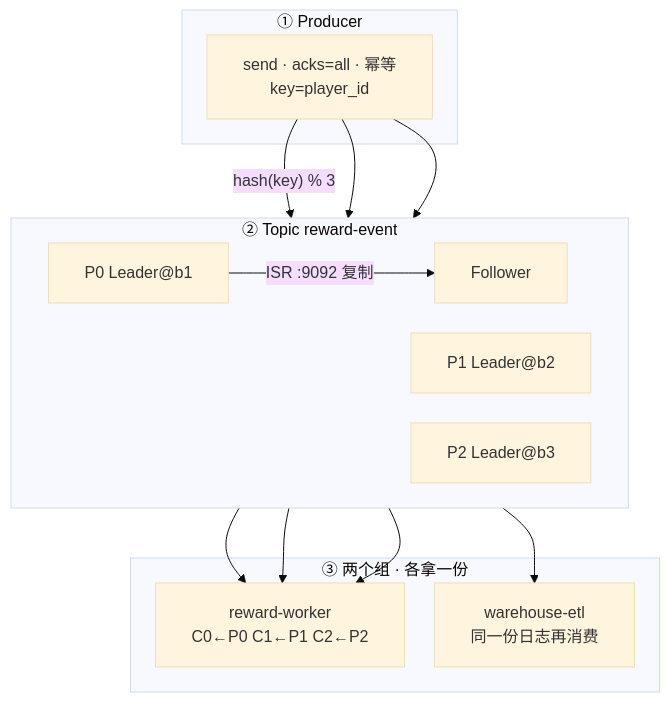
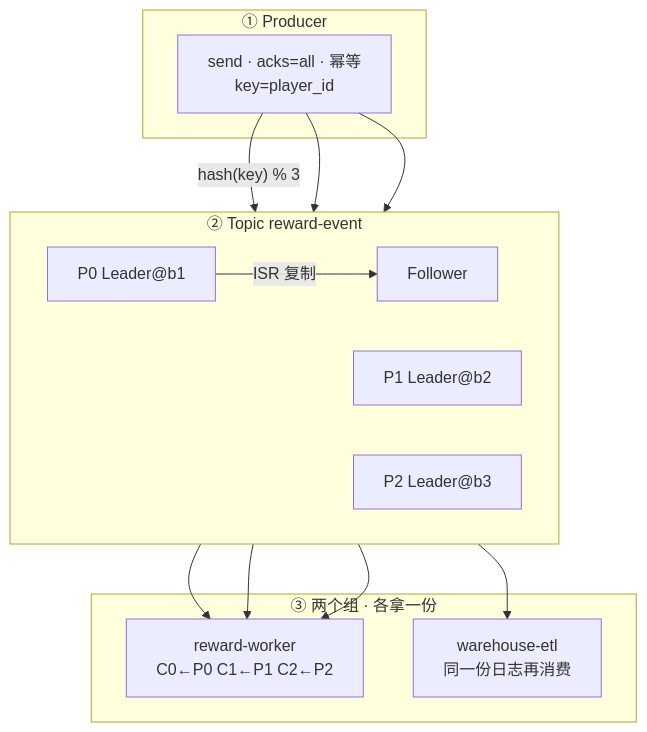
One commit to ml-cuizijun/LearnToLilith changed the second of 8 diagrams in 02-中间件与数据库/03-Kafka/知识点.md. Above: the diagram before and after it, drawn with Mermaid. The commit also changed other lines of this file and 178 other files, not shown here.

````diff
--- a/02-中间件与数据库/03-Kafka/知识点.md
+++ b/02-中间件与数据库/03-Kafka/知识点.md
@@ -98,34 +31,25 @@
 ```mermaid
-%%{init: {"flowchart": {"padding": 18, "nodeSpacing": 30, "rankSpacing": 50}, "theme": "base"}}%%
 flowchart TB
     subgraph prod ["① Producer"]
         p["send · acks=all · 幂等<br/>key=player_id"]
     end
-
     subgraph topic ["② Topic reward-event"]
         direction LR
         p0["P0 Leader@b1"]
         p1["P1 Leader@b2"]
         p2["P2 Leader@b3"]
         f0["Follower"]
-        p0 -->|"ISR :9092 复制"| f0
+        p0 -->|"ISR 复制"| f0
     end
-
     subgraph cg ["③ 两个组 · 各拿一份"]
         g1["reward-worker<br/>C0←P0 C1←P1 C2←P2"]
         g2["warehouse-etl<br/>同一份日志再消费"]
     end
-
     p -->|"hash(key) % 3"| p0
     p --> p1
     p --> p2
     p0 --> g1
     p1 --> g1
     p2 --> g1
     p0 --> g2
-
-    class p prodc
-    class p0,p1,p2,f0 part
-    class g1,g2 cons
-
 ```
````
